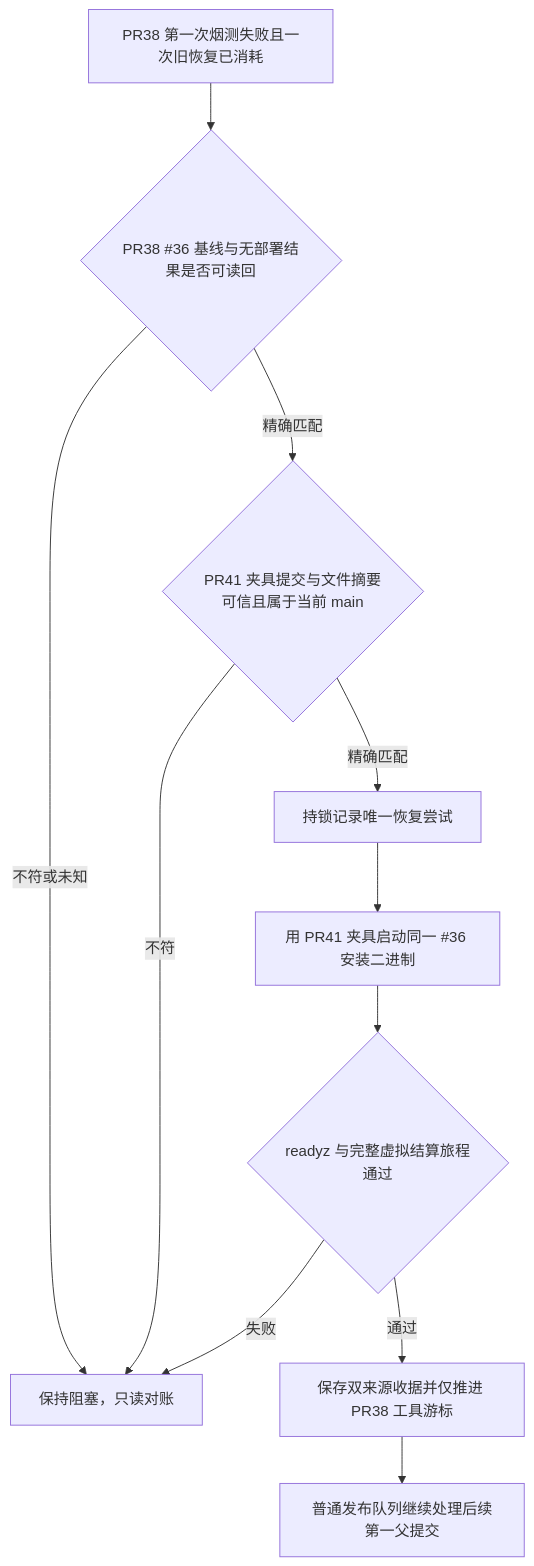
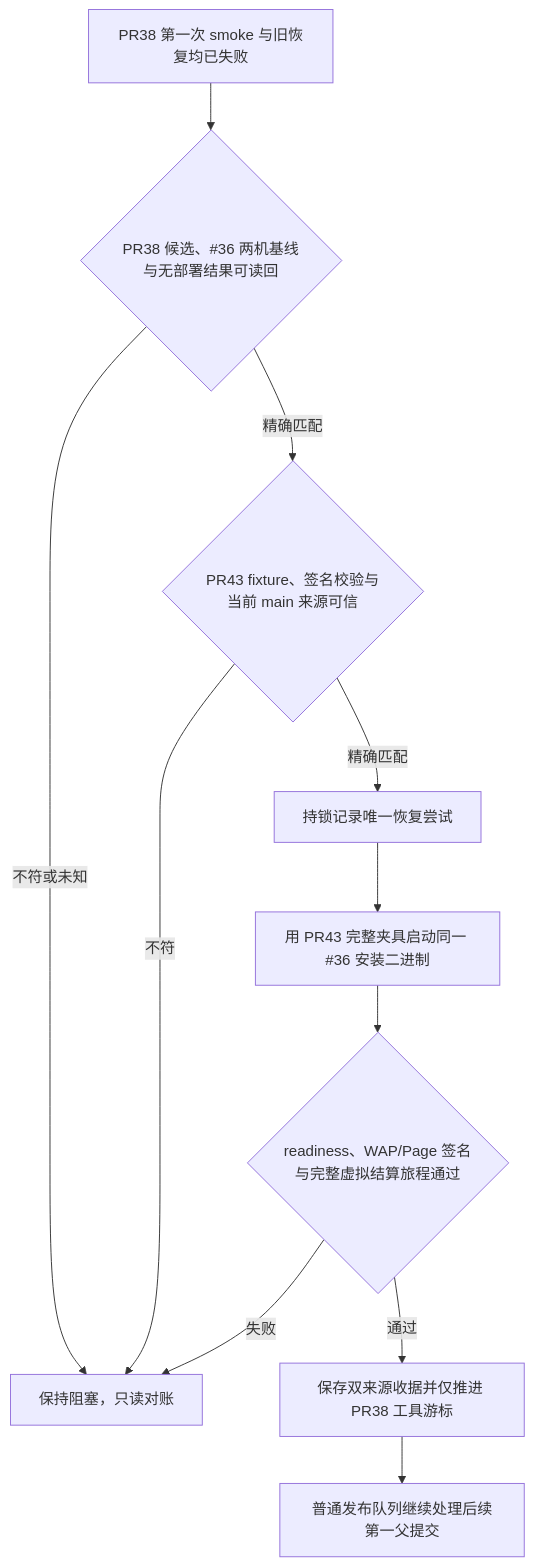
One commit to qianlan33333-png/AI-CRM-v4 changed the diagram in docs/prd/2026-09-25-pr38-smoke-fixture-recovery.md. Above: the diagram before and after it, drawn with Mermaid. The commit also changed other lines of this file and 3 other files, not shown here.

Commit message:
fix(release): use proven PR43 smoke fixture

````diff
--- a/docs/prd/2026-09-25-pr38-smoke-fixture-recovery.md
+++ b/docs/prd/2026-09-25-pr38-smoke-fixture-recovery.md
@@ -7,13 +11,13 @@
 ```mermaid
 flowchart TD
-    A[PR38 第一次烟测失败且一次旧恢复已消耗] --> B{PR38 #36 基线与无部署结果是否可读回}
+    A[PR38 第一次 smoke 与旧恢复均已失败] --> B{PR38 候选、#36 两机基线与无部署结果可读回}
     B -->|不符或未知| X[保持阻塞，只读对账]
-    B -->|精确匹配| C{PR41 夹具提交与文件摘要可信且属于当前 main}
+    B -->|精确匹配| C{PR43 fixture、签名校验与当前 main 来源可信}
     C -->|不符| X
     C -->|精确匹配| D[持锁记录唯一恢复尝试]
-    D --> E[用 PR41 夹具启动同一 #36 安装二进制]
-    E --> F{readyz 与完整虚拟结算旅程通过}
+    D --> E[用 PR43 完整夹具启动同一 #36 安装二进制]
+    E --> F{readiness、WAP/Page 签名与完整虚拟结算旅程通过}
     F -->|失败| X
     F -->|通过| G[保存双来源收据并仅推进 PR38 工具游标]
     G --> H[普通发布队列继续处理后续第一父提交]
 ```
````
